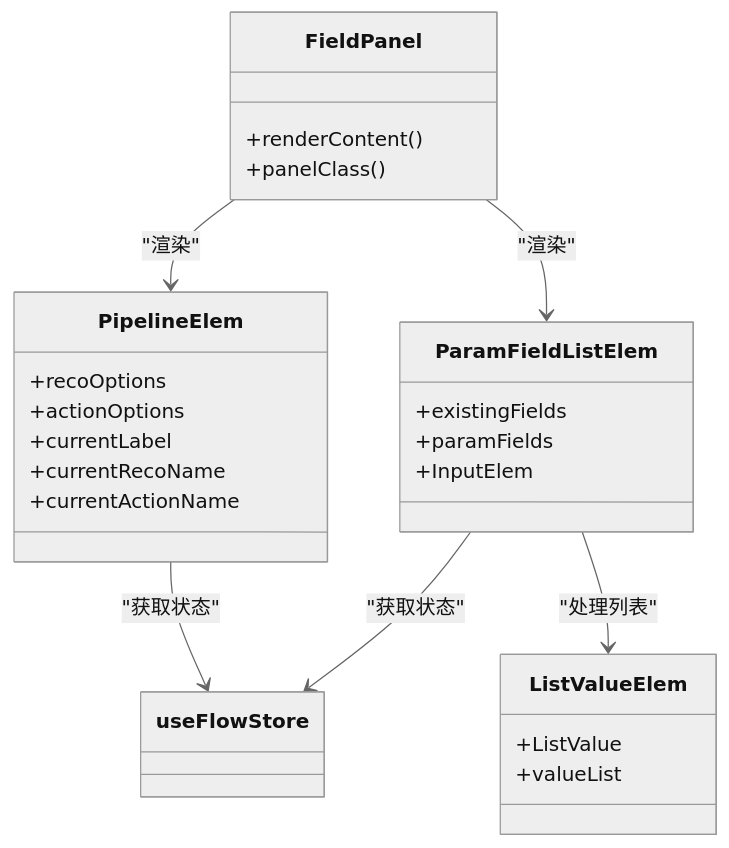
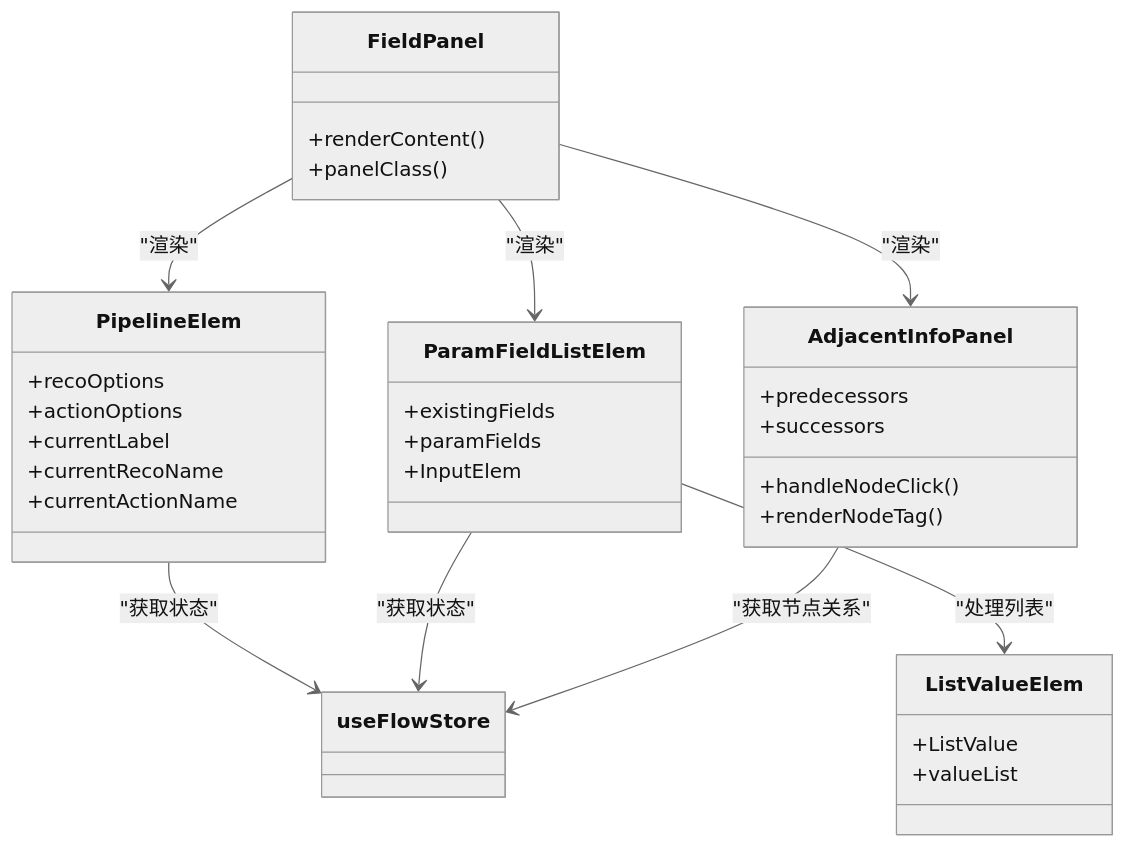
One commit to kqcoxn/MaaPipelineEditor changed the third of 8 diagrams in .qoder/repowiki/zh/content/核心概念/字段面板/字段面板.md. Above: the diagram before and after it, drawn with Mermaid (neutral theme). The commit also changed other lines of this file and 430 other files, not shown here.

````diff
--- a/.qoder/repowiki/zh/content/核心概念/字段面板/字段面板.md
+++ b/.qoder/repowiki/zh/content/核心概念/字段面板/字段面板.md
@@ -180,28 +200,36 @@
 ```mermaid
 classDiagram
 class FieldPanel {
 +renderContent()
 +panelClass()
 }
 class PipelineElem {
 +recoOptions
 +actionOptions
 +currentLabel
 +currentRecoName
 +currentActionName
 }
 class ParamFieldListElem {
 +existingFields
 +paramFields
 +InputElem
 }
+class AdjacentInfoPanel {
++predecessors
++successors
++handleNodeClick()
++renderNodeTag()
+}
 class ListValueElem {
 +ListValue
 +valueList
 }
 FieldPanel --> PipelineElem : "渲染"
 FieldPanel --> ParamFieldListElem : "渲染"
+FieldPanel --> AdjacentInfoPanel : "渲染"
 ParamFieldListElem --> ListValueElem : "处理列表"
 PipelineElem --> useFlowStore : "获取状态"
 ParamFieldListElem --> useFlowStore : "获取状态"
+AdjacentInfoPanel --> useFlowStore : "获取节点关系"
 ```
````
